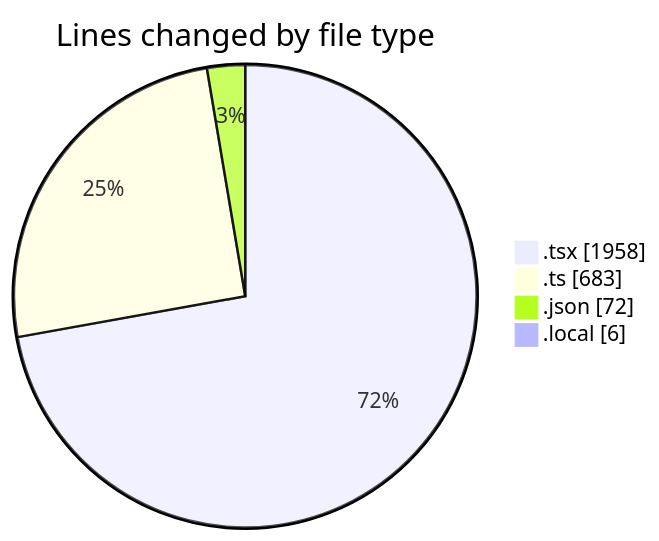
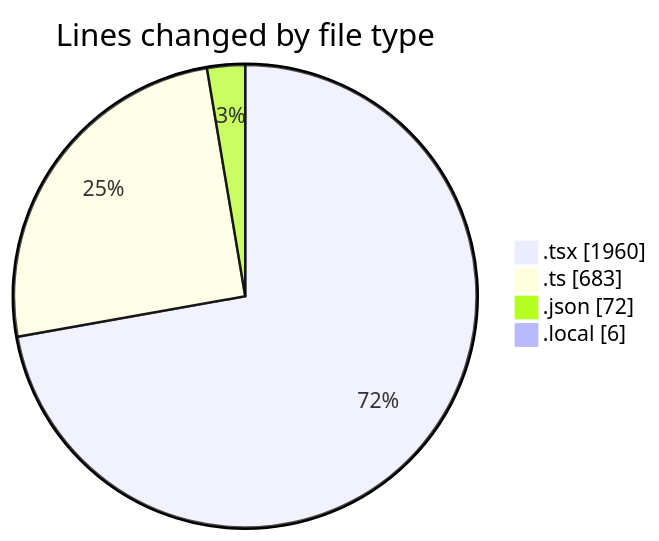
One commit to julien-gomy/code-tracking changed the first of 2 diagrams in 2025-10-21/eventscop-frontend-guide__workspace_/README.md. Above: the diagram before and after it, drawn with Mermaid. The commit also changed other lines of this file and 1 other file, not shown here.

````diff
--- a/2025-10-21/eventscop-frontend-guide__workspace_/README.md
+++ b/2025-10-21/eventscop-frontend-guide__workspace_/README.md
@@ -52,8 +52,8 @@
 ```mermaid
 pie showData
 title Lines changed by file type
-".tsx" : 1958
+".tsx" : 1960
 ".ts" : 683
 ".json" : 72
 ".local" : 6
 ```
````
